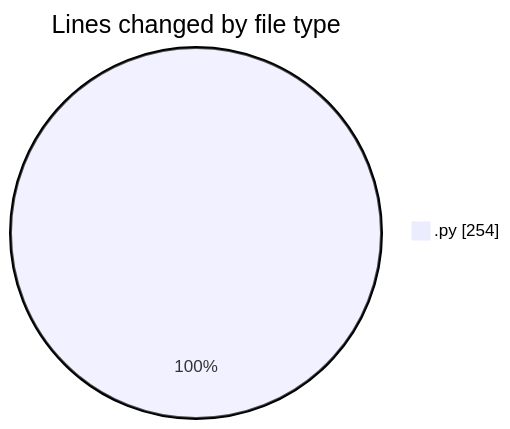
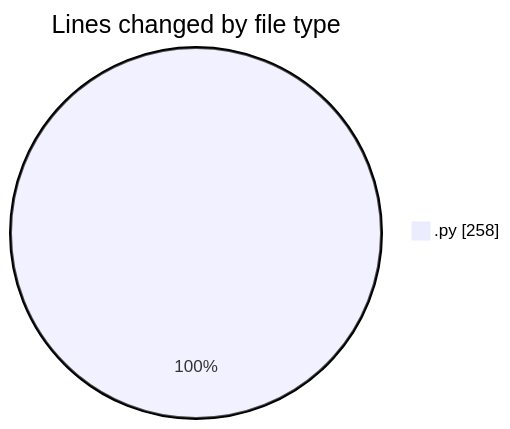
One commit to FelipKnott/code-tracking changed the first of 2 diagrams in 2025-07-03/cursor/README.md. Above: the diagram before and after it, drawn with Mermaid. The commit also changed other lines of this file and 1 other file, not shown here.

````diff
--- a/2025-07-03/cursor/README.md
+++ b/2025-07-03/cursor/README.md
@@ -26,5 +26,5 @@
 ```mermaid
 pie showData
 title Lines changed by file type
-".py" : 254
+".py" : 258
 ```
````
